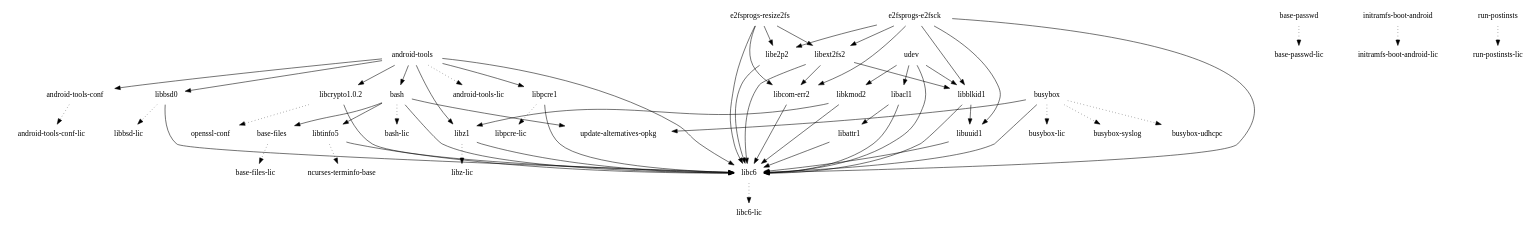
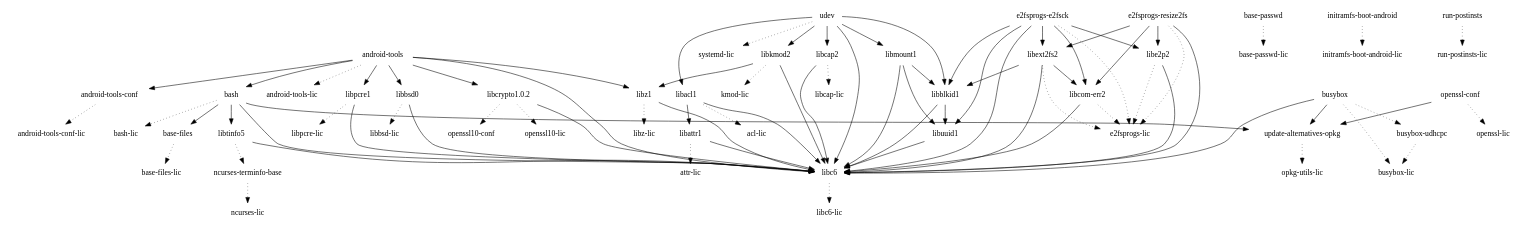
The diagram in images/mido/glibc/initramfs-android-image/depends.dot (webOS-ports/buildhistory), drawn with Graphviz before and after one commit. The commit also changed 8730 other files, not shown here.

```diff
--- a/images/mido/glibc/initramfs-android-image/depends.dot
+++ b/images/mido/glibc/initramfs-android-image/depends.dot
@@ -1,64 +1,85 @@
 digraph depends {
     node [shape=plaintext]
 "android-tools" -> "android-tools-conf"
 "android-tools" -> "android-tools-lic" [style=dotted]
 "android-tools" -> "bash"
 "android-tools-conf" -> "android-tools-conf-lic" [style=dotted]
 "android-tools" -> "libbsd0"
 "android-tools" -> "libc6"
 "android-tools" -> "libcrypto1.0.2"
 "android-tools" -> "libpcre1"
 "android-tools" -> "libz1"
 "base-files" -> "base-files-lic" [style=dotted]
 "base-passwd" -> "base-passwd-lic" [style=dotted]
 "bash" -> "base-files"
 "bash" -> "bash-lic" [style=dotted]
 "bash" -> "libc6"
 "bash" -> "libtinfo5"
 "bash" -> "update-alternatives-opkg"
 "busybox" -> "busybox-lic" [style=dotted]
-"busybox" -> "busybox-syslog" [style=dotted]
 "busybox" -> "busybox-udhcpc" [style=dotted]
 "busybox" -> "libc6"
+"busybox-udhcpc" -> "busybox-lic" [style=dotted]
 "busybox" -> "update-alternatives-opkg"
+"e2fsprogs-e2fsck" -> "e2fsprogs-lic" [style=dotted]
 "e2fsprogs-e2fsck" -> "libblkid1"
 "e2fsprogs-e2fsck" -> "libc6"
 "e2fsprogs-e2fsck" -> "libcom-err2"
 "e2fsprogs-e2fsck" -> "libe2p2"
 "e2fsprogs-e2fsck" -> "libext2fs2"
 "e2fsprogs-e2fsck" -> "libuuid1"
+"e2fsprogs-resize2fs" -> "e2fsprogs-lic" [style=dotted]
 "e2fsprogs-resize2fs" -> "libc6"
 "e2fsprogs-resize2fs" -> "libcom-err2"
 "e2fsprogs-resize2fs" -> "libe2p2"
 "e2fsprogs-resize2fs" -> "libext2fs2"
 "initramfs-boot-android" -> "initramfs-boot-android-lic" [style=dotted]
+"libacl1" -> "acl-lic" [style=dotted]
 "libacl1" -> "libattr1"
 "libacl1" -> "libc6"
+"libattr1" -> "attr-lic" [style=dotted]
 "libattr1" -> "libc6"
 "libblkid1" -> "libc6"
 "libblkid1" -> "libuuid1"
 "libbsd0" -> "libbsd-lic" [style=dotted]
 "libbsd0" -> "libc6"
 "libc6" -> "libc6-lic" [style=dotted]
+"libcap2" -> "libc6"
+"libcap2" -> "libcap-lic" [style=dotted]
+"libcom-err2" -> "e2fsprogs-lic" [style=dotted]
 "libcom-err2" -> "libc6"
 "libcrypto1.0.2" -> "libc6"
-"libcrypto1.0.2" -> "openssl-conf" [style=dotted]
+"libcrypto1.0.2" -> "openssl10-conf" [style=dotted]
+"libcrypto1.0.2" -> "openssl10-lic" [style=dotted]
+"libe2p2" -> "e2fsprogs-lic" [style=dotted]
 "libe2p2" -> "libc6"
+"libext2fs2" -> "e2fsprogs-lic" [style=dotted]
 "libext2fs2" -> "libblkid1"
 "libext2fs2" -> "libc6"
 "libext2fs2" -> "libcom-err2"
+"libkmod2" -> "kmod-lic" [style=dotted]
 "libkmod2" -> "libc6"
 "libkmod2" -> "libz1"
+"libmount1" -> "libblkid1"
+"libmount1" -> "libc6"
+"libmount1" -> "libuuid1"
 "libpcre1" -> "libc6"
 "libpcre1" -> "libpcre-lic" [style=dotted]
 "libtinfo5" -> "libc6"
 "libtinfo5" -> "ncurses-terminfo-base" [style=dotted]
 "libuuid1" -> "libc6"
 "libz1" -> "libc6"
 "libz1" -> "libz-lic" [style=dotted]
+"ncurses-terminfo-base" -> "ncurses-lic" [style=dotted]
+"openssl-conf" -> "openssl-lic" [style=dotted]
+"openssl-conf" -> "update-alternatives-opkg"
 "run-postinsts" -> "run-postinsts-lic" [style=dotted]
 "udev" -> "libacl1"
 "udev" -> "libblkid1"
 "udev" -> "libc6"
+"udev" -> "libcap2"
 "udev" -> "libkmod2"
+"udev" -> "libmount1"
+"udev" -> "systemd-lic" [style=dotted]
+"update-alternatives-opkg" -> "opkg-utils-lic" [style=dotted]
 }
```
